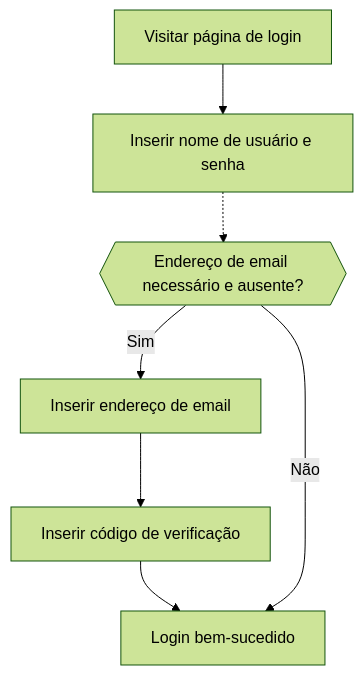
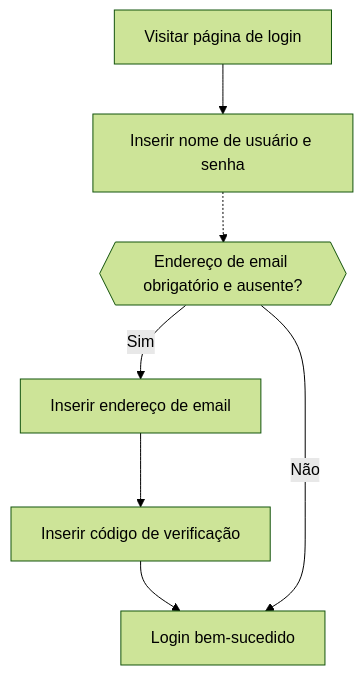
Before and after one commit to logto-io/docs: the diagram in i18n/pt-BR/docusaurus-plugin-content-docs/current/end-user-flows/sign-up-and-sign-in/sign-in.mdx, drawn with Mermaid (forest theme). The commit also changed other lines of this file and 200 other files, not shown here.

````diff
--- a/i18n/pt-BR/docusaurus-plugin-content-docs/current/end-user-flows/sign-up-and-sign-in/sign-in.mdx
+++ b/i18n/pt-BR/docusaurus-plugin-content-docs/current/end-user-flows/sign-up-and-sign-in/sign-in.mdx
@@ -93,9 +94,9 @@
 ```mermaid
 flowchart TD
     A[Visitar página de login] --> B[Inserir nome de usuário e senha]
-    B -.-> C{{Endereço de email necessário e ausente?}}
+    B -.-> C{{Endereço de email obrigatório e ausente?}}
     C -->|Sim| D[Inserir endereço de email]
     D --> E[Inserir código de verificação]
     E --> F[Login bem-sucedido]
     C --> |Não| F
 ```
````
